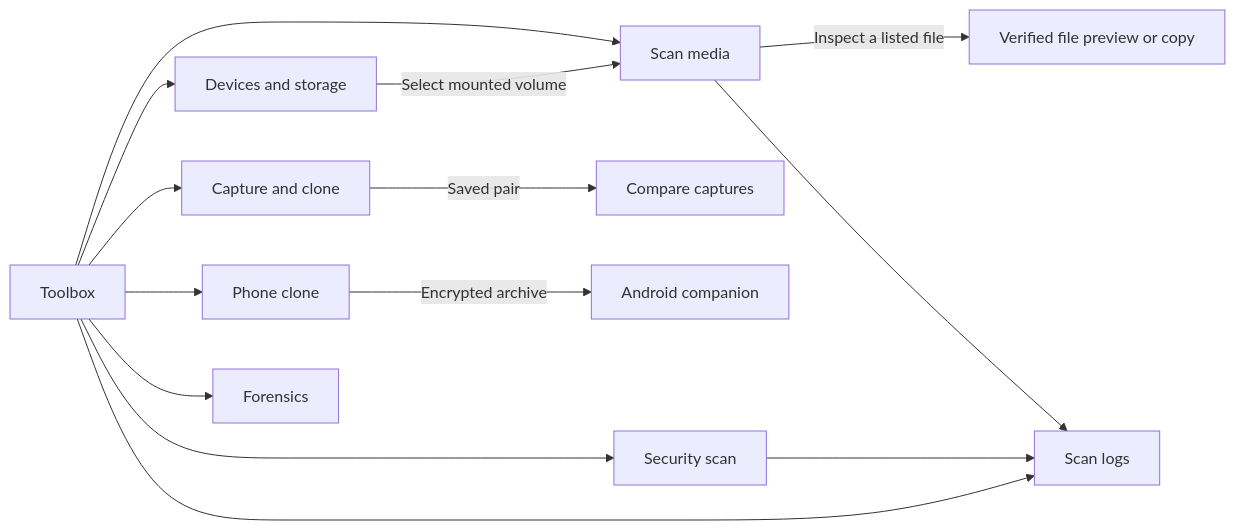
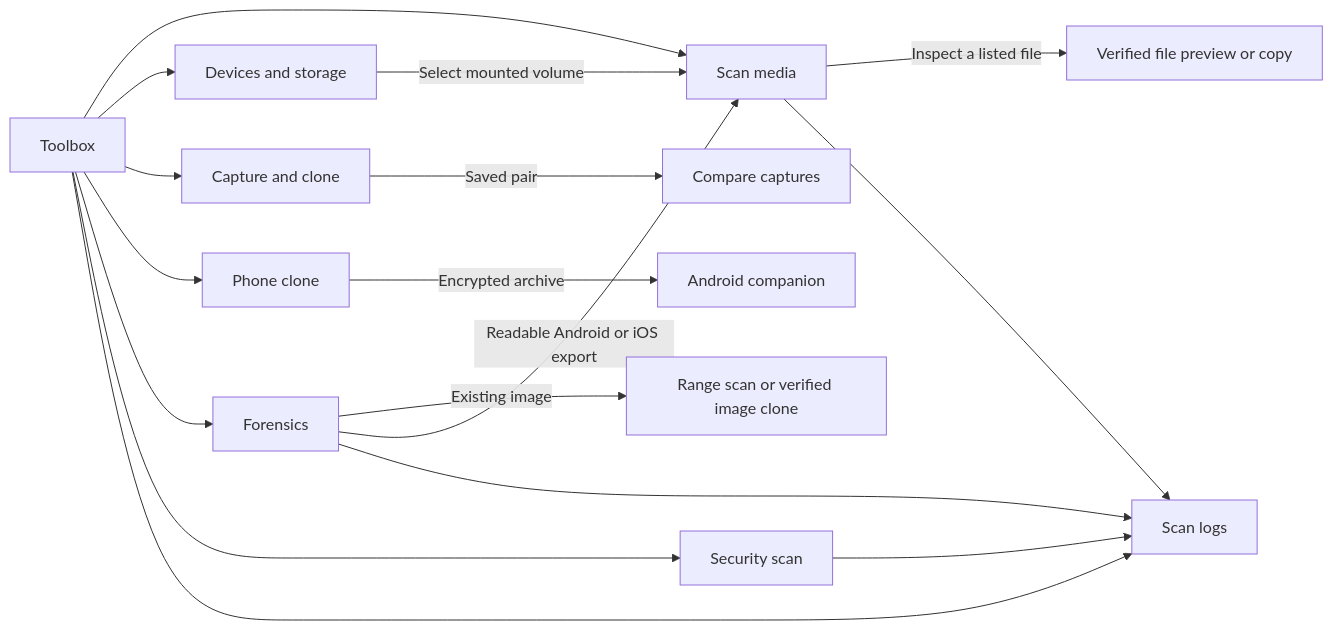
The first of 2 diagrams in docs/visual-guide.md (sabbirimon/OmniRecovery), drawn with Mermaid before and after one commit. The commit also changed other lines of this file and 35 other files, not shown here.

````diff
--- a/docs/visual-guide.md
+++ b/docs/visual-guide.md
@@ -5,16 +5,19 @@
 ```mermaid
 flowchart LR
     T[Toolbox] --> S[Scan media]
     T --> D[Devices and storage]
     T --> C[Capture and clone]
     T --> P[Phone clone]
     T --> F[Forensics]
     T --> Q[Security scan]
     T --> L[Scan logs]
     D -->|Select mounted volume| S
     S -->|Inspect a listed file| V[Verified file preview or copy]
     C -->|Saved pair| K[Compare captures]
+    F -->|Existing image| E[Range scan or verified image clone]
+    F -->|Readable Android or iOS export| S
+    F --> L
     P -->|Encrypted archive| A[Android companion]
     S --> L
     Q --> L
 ```
````
